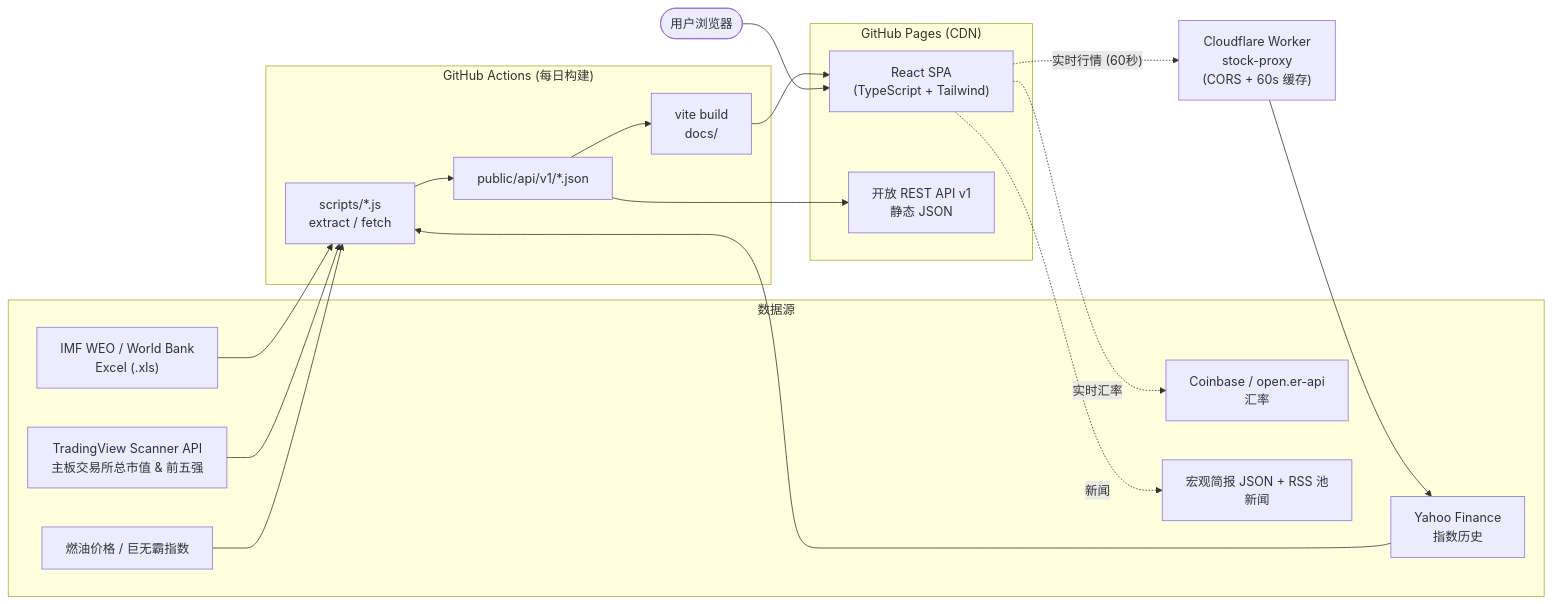
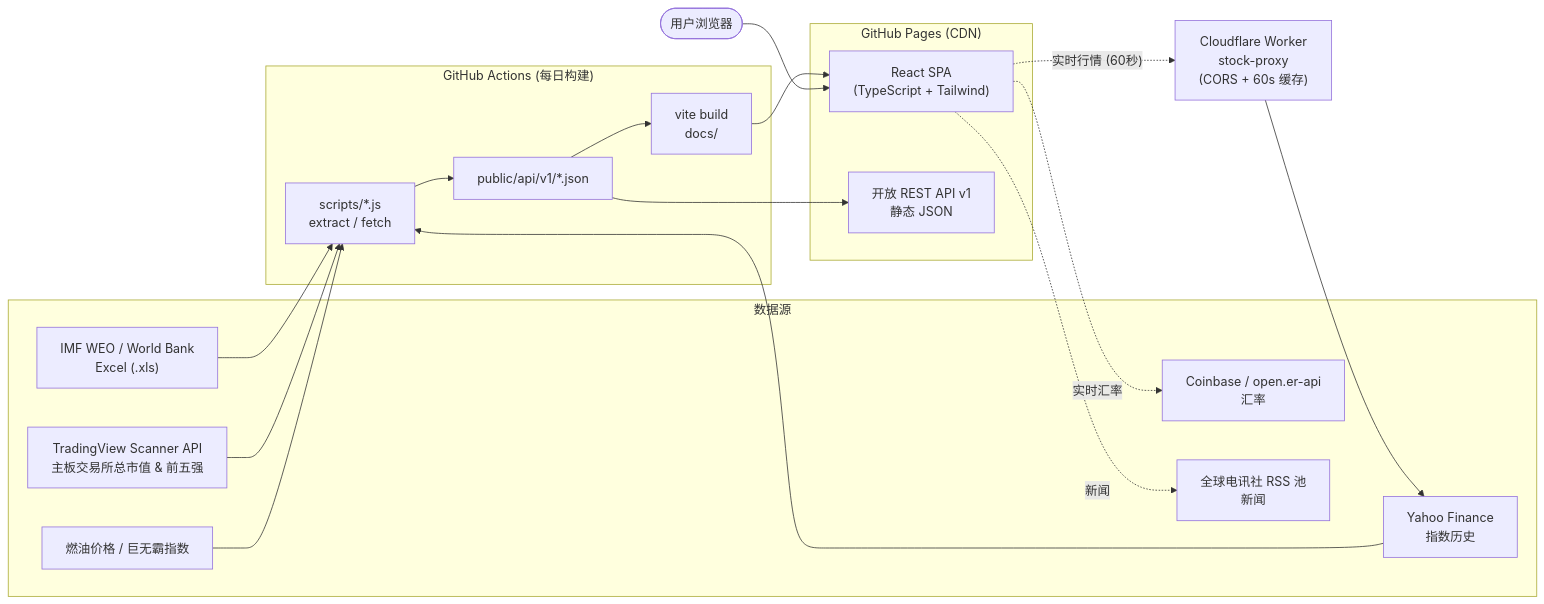
The diagram in README.zh.md (silverogic/geonomics), drawn with Mermaid before and after one commit. The commit also changed 11 other files, not shown here.

````diff
--- a/README.zh.md
+++ b/README.zh.md
@@ -116,38 +116,38 @@
 ```mermaid
 flowchart LR
   subgraph SRC["数据源"]
     S1["IMF WEO / World Bank<br/>Excel (.xls)"]
     S2["Yahoo Finance<br/>指数历史"]
     S3["TradingView Scanner API<br/>主板交易所总市值 & 前五强"]
     S4["燃油价格 / 巨无霸指数"]
     S5["Coinbase / open.er-api<br/>汇率"]
-    S6["宏观简报 JSON + RSS 池<br/>新闻"]
+    S6["全球电讯社 RSS 池<br/>新闻"]
   end
 
   subgraph CI["GitHub Actions (每日构建)"]
     P1["scripts/*.js<br/>extract / fetch"]
     P2["public/api/v1/*.json"]
     P3["vite build<br/>docs/"]
   end
 
   subgraph HOST["GitHub Pages (CDN)"]
     WEB["React SPA<br/>(TypeScript + Tailwind)"]
     API["开放 REST API v1<br/>静态 JSON"]
   end
 
   W["Cloudflare Worker<br/>stock-proxy<br/>(CORS + 60s 缓存)"]
   U(["用户浏览器"])
 
   S1 --> P1
   S2 --> P1
   S3 --> P1
   S4 --> P1
   P1 --> P2 --> P3 --> WEB
   P2 --> API
 
   U --> WEB
   WEB -. "实时行情 (60秒)" .-> W
   W --> S2
   WEB -. "实时汇率" .-> S5
   WEB -. "新闻" .-> S6
 ```
````
